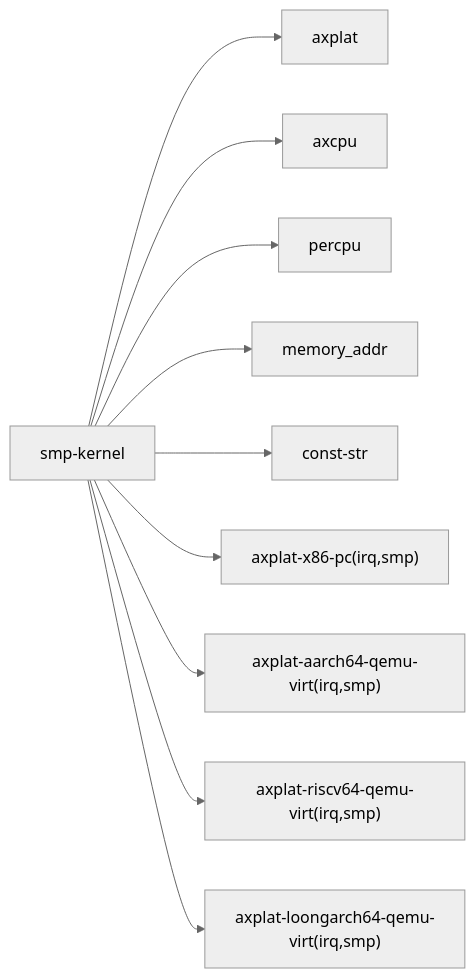
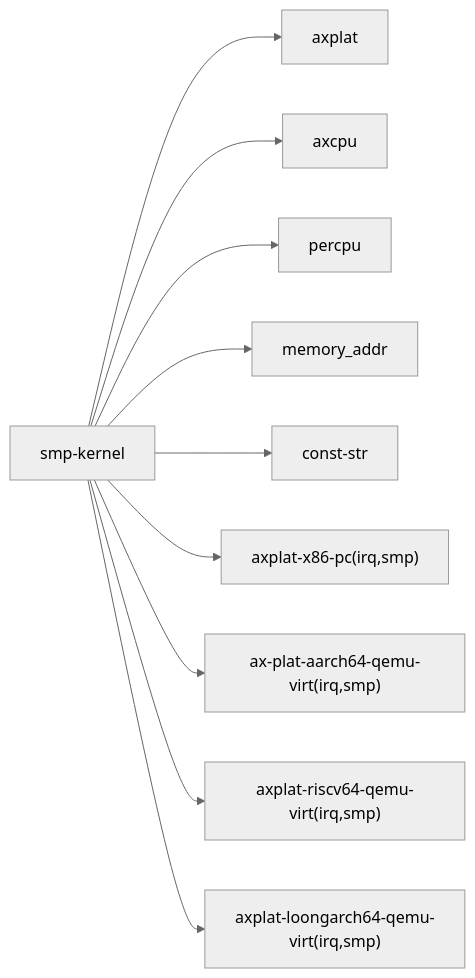
The third of 3 diagrams in docs/crates/smp-kernel.md (zKurisu/tgoskits), drawn with Mermaid (neutral theme) before and after one commit. The commit also changed 35 other files, not shown here.

````diff
--- a/docs/crates/smp-kernel.md
+++ b/docs/crates/smp-kernel.md
@@ -98,12 +98,12 @@
 ```mermaid
 graph LR
     sample["smp-kernel"] --> axplat["axplat"]
     sample --> axcpu["axcpu"]
     sample --> percpu["percpu"]
     sample --> memaddr["memory_addr"]
     sample --> conststr["const-str"]
     sample --> x86["axplat-x86-pc(irq,smp)"]
-    sample --> a64["axplat-aarch64-qemu-virt(irq,smp)"]
+    sample --> a64["ax-plat-aarch64-qemu-virt(irq,smp)"]
     sample --> rv["axplat-riscv64-qemu-virt(irq,smp)"]
     sample --> loong["axplat-loongarch64-qemu-virt(irq,smp)"]
 ```
````
